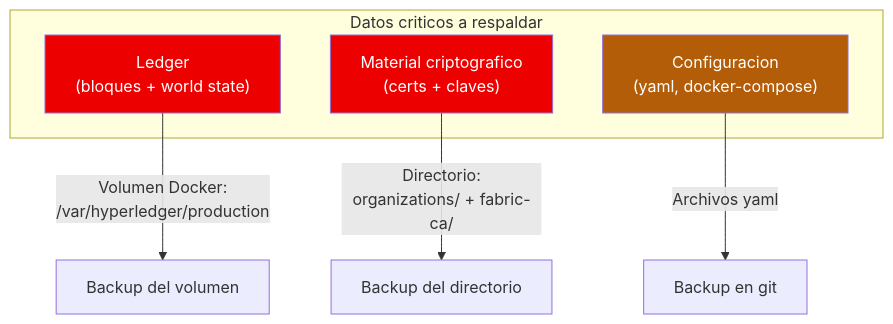
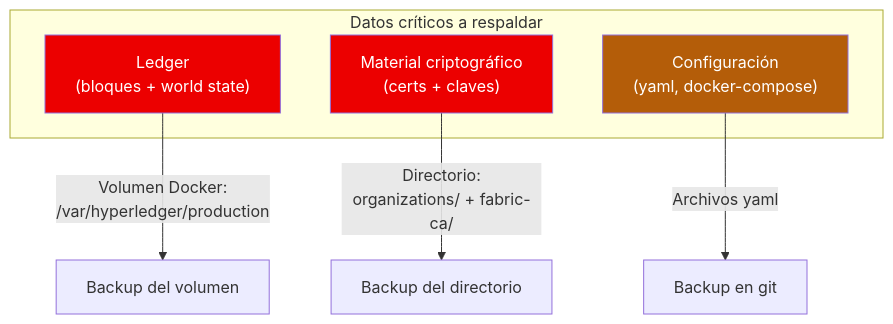
The sixth of 7 diagrams in Modulo-2/06-operaciones-administracion.md (jjnieto/Curso-HLFabric), drawn with Mermaid before and after one commit. The commit also changed other lines of this file, not shown here.

````diff
--- a/Modulo-2/06-operaciones-administracion.md
+++ b/Modulo-2/06-operaciones-administracion.md
@@ -774,16 +992,16 @@
 ```mermaid
 graph TB
-    subgraph "Datos criticos a respaldar"
+    subgraph "Datos críticos a respaldar"
         A["Ledger<br/>(bloques + world state)"]
-        B["Material criptografico<br/>(certs + claves)"]
-        C["Configuracion<br/>(yaml, docker-compose)"]
+        B["Material criptográfico<br/>(certs + claves)"]
+        C["Configuración<br/>(yaml, docker-compose)"]
     end
 
     A --> |"Volumen Docker:<br/>/var/hyperledger/production"| BA["Backup del volumen"]
     B --> |"Directorio:<br/>organizations/ + fabric-ca/"| BB["Backup del directorio"]
     C --> |"Archivos yaml"| BC["Backup en git"]
 
     style A fill:#EC0000,color:#fff
     style B fill:#EC0000,color:#fff
     style C fill:#B45D09,color:#fff
 ```
````
